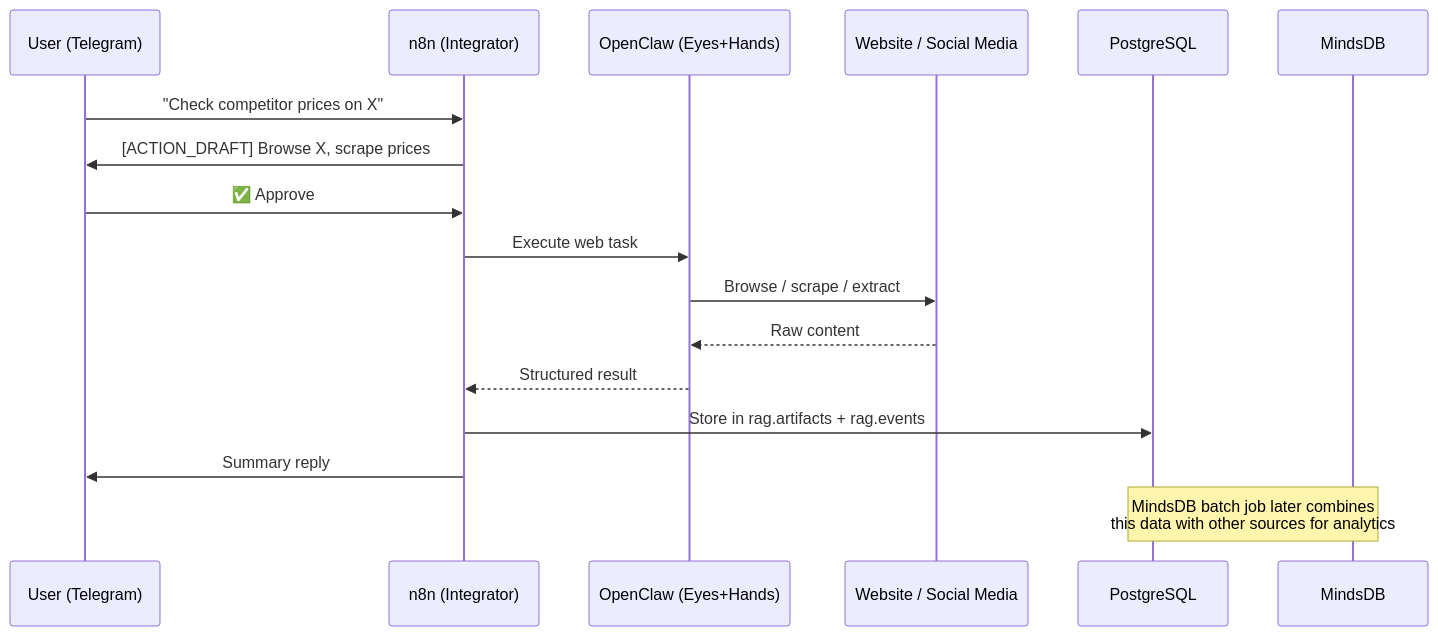
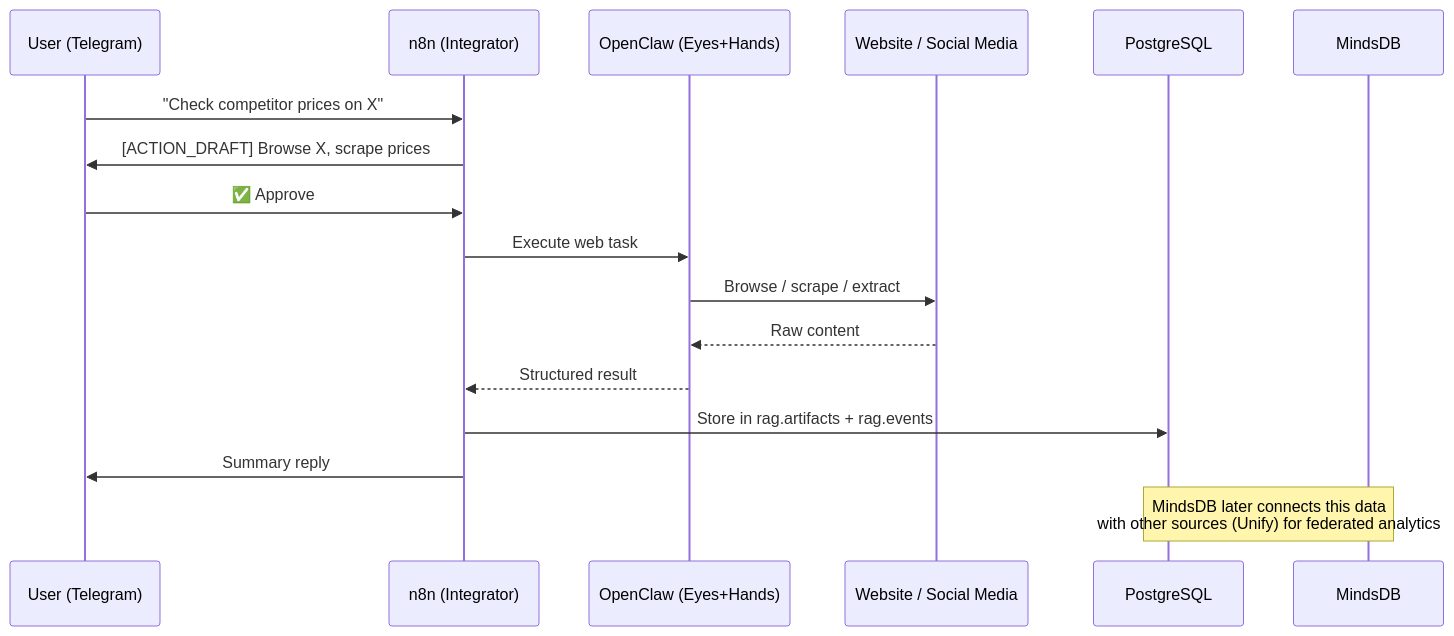
The second of 3 diagrams in ops/docs/ARCHITECTURE.md (HonzaHezina/janAGI), drawn with Mermaid before and after one commit. The commit also changed other lines of this file and 8 other files, not shown here.

````diff
--- a/ops/docs/ARCHITECTURE.md
+++ b/ops/docs/ARCHITECTURE.md
@@ -233,20 +252,20 @@
 ```mermaid
 sequenceDiagram
     participant U as User (Telegram)
     participant N as n8n (Integrator)
     participant AI as OpenClaw (Eyes+Hands)
     participant W as Website / Social Media
     participant DB as PostgreSQL
     participant M as MindsDB
 
     U->>N: "Check competitor prices on X"
     N->>U: [ACTION_DRAFT] Browse X, scrape prices
     U->>N: ✅ Approve
     N->>AI: Execute web task
     AI->>W: Browse / scrape / extract
     W-->>AI: Raw content
     AI-->>N: Structured result
     N->>DB: Store in rag.artifacts + rag.events
     N->>U: Summary reply
-    Note over M,DB: MindsDB batch job later combines<br/>this data with other sources for analytics
+    Note over M,DB: MindsDB later connects this data<br/>with other sources (Unify) for federated analytics
 ```
````
